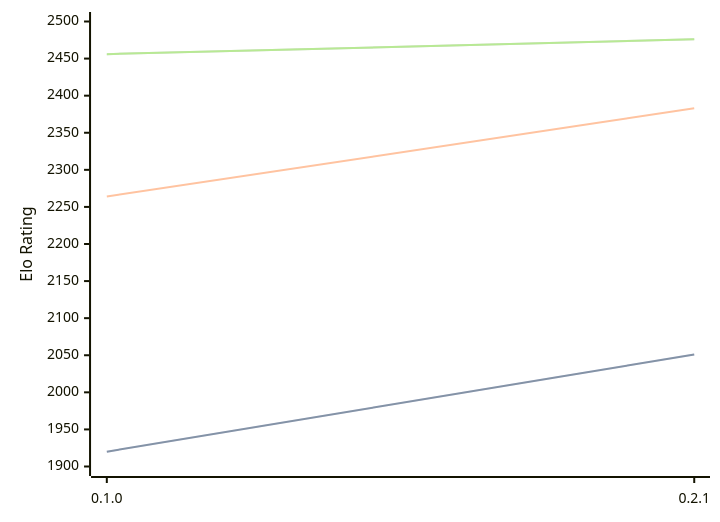
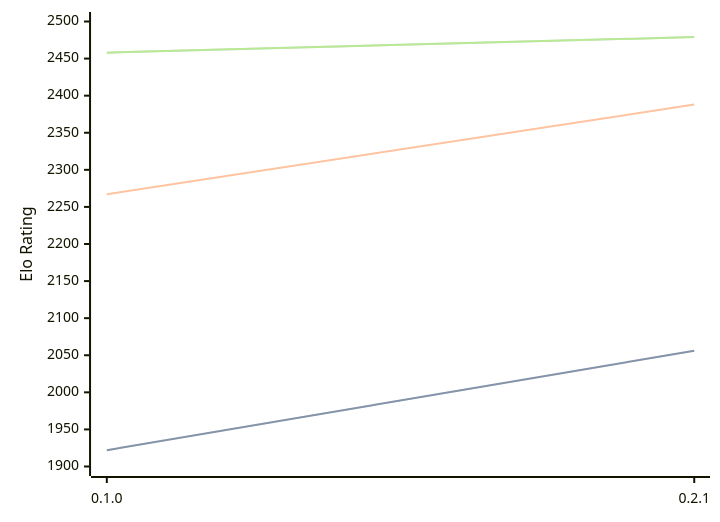
The diagram in engines/Sykora.md (computer-chess-index/cci), drawn with Mermaid before and after one commit. The commit also changed other lines of this file, not shown here.

Commit message:
Update CCI Ratings (ELO VLTC) - 2026-04-30

````diff
--- a/engines/Sykora.md
+++ b/engines/Sykora.md
@@ -33,11 +33,11 @@
 ```mermaid
 %%{init: {"theme":"base","themeVariables":{"seriesColors:['#a3a3a3','#222221','#faa371']}}}%%
 xychart-beta
   x-axis ["0.1.0", "0.2.1"]
   y-axis "Elo Rating" 1900 --> 2500
-  line "STC (8.0+0.08s)" [1920, 2051]
-  line "STC (8.0+0.08s)" [1920, 2051]
-  line "LTC (60.0+0.60s)" [2264, 2383]
-  line "VLTC (2m24s+1.12s)" [2456, 2476]
-  line "VLTC (2m24s+1.12s)" [2456, 2476]
+  line "STC (8.0+0.08s)" [1922, 2056]
+  line "STC (8.0+0.08s)" [1922, 2056]
+  line "LTC (60.0+0.60s)" [2267, 2388]
+  line "VLTC (2m24s+1.12s)" [2458, 2479]
+  line "VLTC (2m24s+1.12s)" [2458, 2479]
 ```
````
